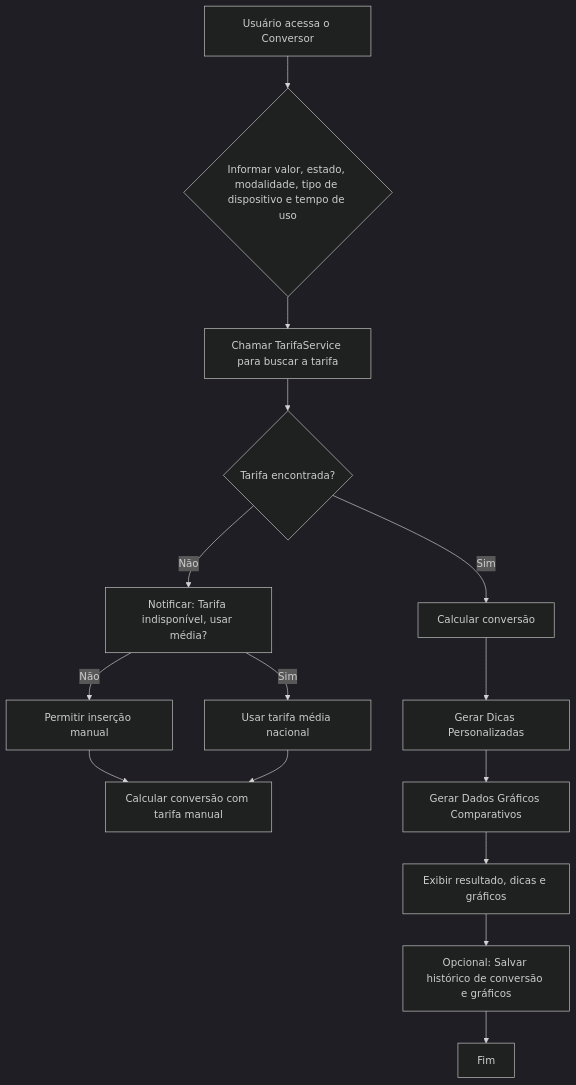
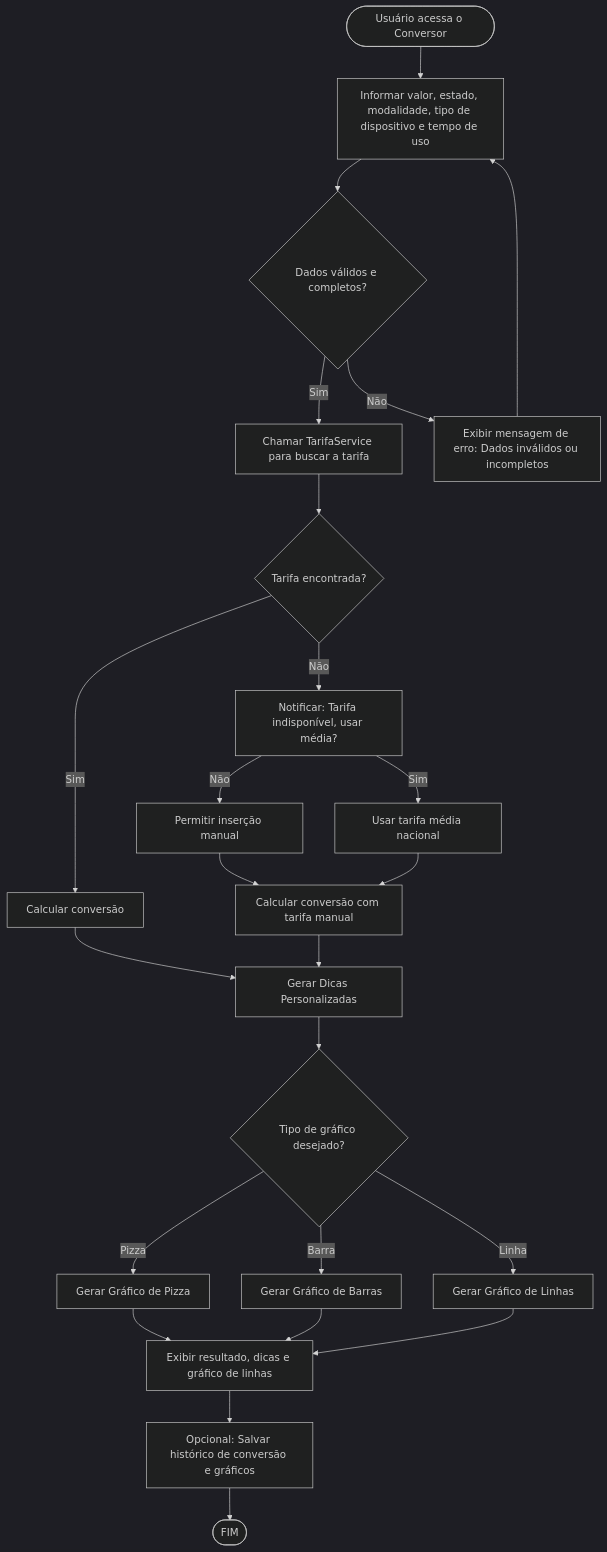
Before and after one commit to ICEI-PUC-Minas-PMV-ADS/pmv-ads-2025-2-e2-proj-int-t9-savemoney: the diagram in docs/requisitos/r3-conversor-de-energia/Projeto de Interface.md, drawn with Mermaid (dark theme).

Commit message:
refactor flowchart in Projeto de Interface to enhance clarity and detail in energy conversion process

````diff
--- a/docs/requisitos/r3-conversor-de-energia/Projeto de Interface.md
+++ b/docs/requisitos/r3-conversor-de-energia/Projeto de Interface.md
@@ -9,17 +9,26 @@
 ```mermaid
 graph TD
-    A[Usuário acessa o Conversor] --> B{Informar valor, estado, modalidade, tipo de dispositivo e tempo de uso};
-    B --> C[Chamar TarifaService para buscar a tarifa];
-    C --> D{Tarifa encontrada?};
-    D -- Sim --> E[Calcular conversão];
-    D -- Não --> F[Notificar: Tarifa indisponível, usar média?];
-    F -- Sim --> G[Usar tarifa média nacional];
-    F -- Não --> H[Permitir inserção manual];
-    H --> I[Calcular conversão com tarifa manual];
-    G --> I;
-    E --> J[Gerar Dicas Personalizadas];
-    J --> K[Gerar Dados Gráficos Comparativos];
-    K --> L[Exibir resultado, dicas e gráficos];
-    L --> M[Opcional: Salvar histórico de conversão e gráficos];
-    M --> N[Fim];
+    A([Usuário acessa o Conversor]) --> B[Informar valor, estado, modalidade, tipo de dispositivo e tempo de uso]
+    B --> C{"Dados válidos e completos?"}
+    C -- Sim --> D[Chamar TarifaService para buscar a tarifa]
+    C -- Não --> E[Exibir mensagem de erro: Dados inválidos ou incompletos]
+    E --> B
+    D --> F{"Tarifa encontrada?"}
+    F -- Sim --> G[Calcular conversão]
+    F -- Não --> H[Notificar: Tarifa indisponível, usar média?]
+    H -- Sim --> I[Usar tarifa média nacional]
+    H -- Não --> J[Permitir inserção manual]
+    J --> K[Calcular conversão com tarifa manual]
+    I --> K
+    G --> L[Gerar Dicas Personalizadas]
+    K --> L
+    L --> M{"Tipo de gráfico desejado?"}
+    M -- "Pizza" --> N1[Gerar Gráfico de Pizza]
+    M -- "Barra" --> N2[Gerar Gráfico de Barras]
+    M -- "Linha" --> N3[Gerar Gráfico de Linhas]
+    N1 --> O[Exibir resultado, dicas e gráfico de pizza]
+    N2 --> O[Exibir resultado, dicas e gráfico de barras]
+    N3 --> O[Exibir resultado, dicas e gráfico de linhas]
+    O --> P[Opcional: Salvar histórico de conversão e gráficos]
+    P --> Q([FIM])
 ```
````
